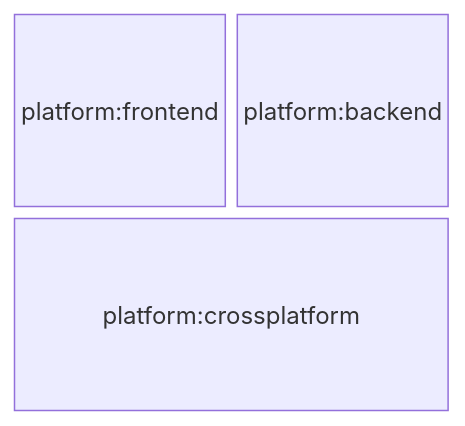
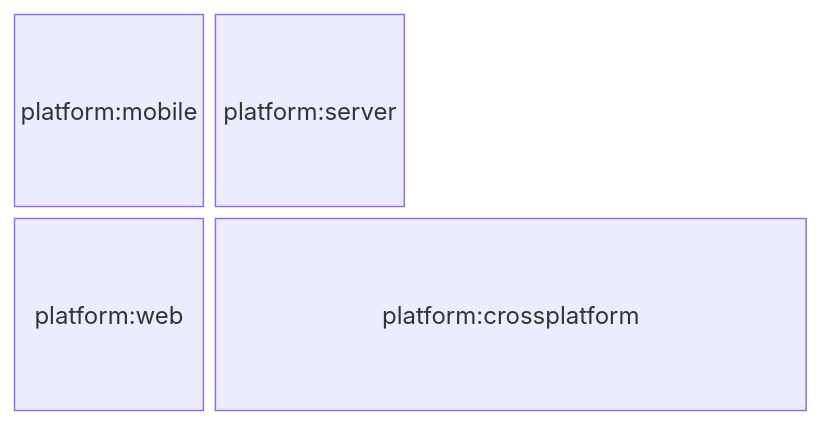
The third of 6 diagrams in apps/cookbook/docs/nx/03-scaling/02-organize-libs.md (marmicode/cookbook), drawn with Mermaid before and after one commit. The commit also changed other lines of this file and 1 other file, not shown here.

Commit message:
docs(nx): 📝 add "multi-dimensional constraints" section
and rename cumulative constraints

````diff
--- a/apps/cookbook/docs/nx/03-scaling/02-organize-libs.md
+++ b/apps/cookbook/docs/nx/03-scaling/02-organize-libs.md
@@ -95,8 +95,9 @@
 ```mermaid
 block-beta
 columns 2
-  frontend["platform:frontend"]
-  backend["platform:backend"]
-  crossplatform["platform:crossplatform"]:2
-  style frontend height:8rem
+  mobile["platform:mobile"]
+  server["platform:server"]
+  web["platform:web"]
+  crossplatform["platform:crossplatform"]:3
+  style mobile height:8rem
 ```
````
